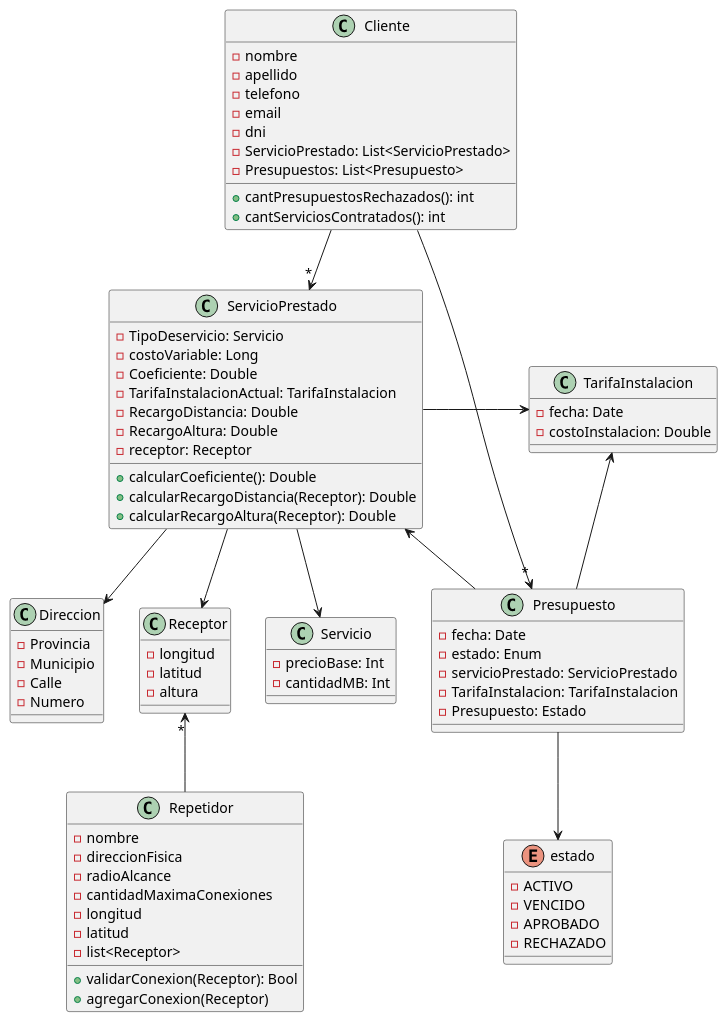
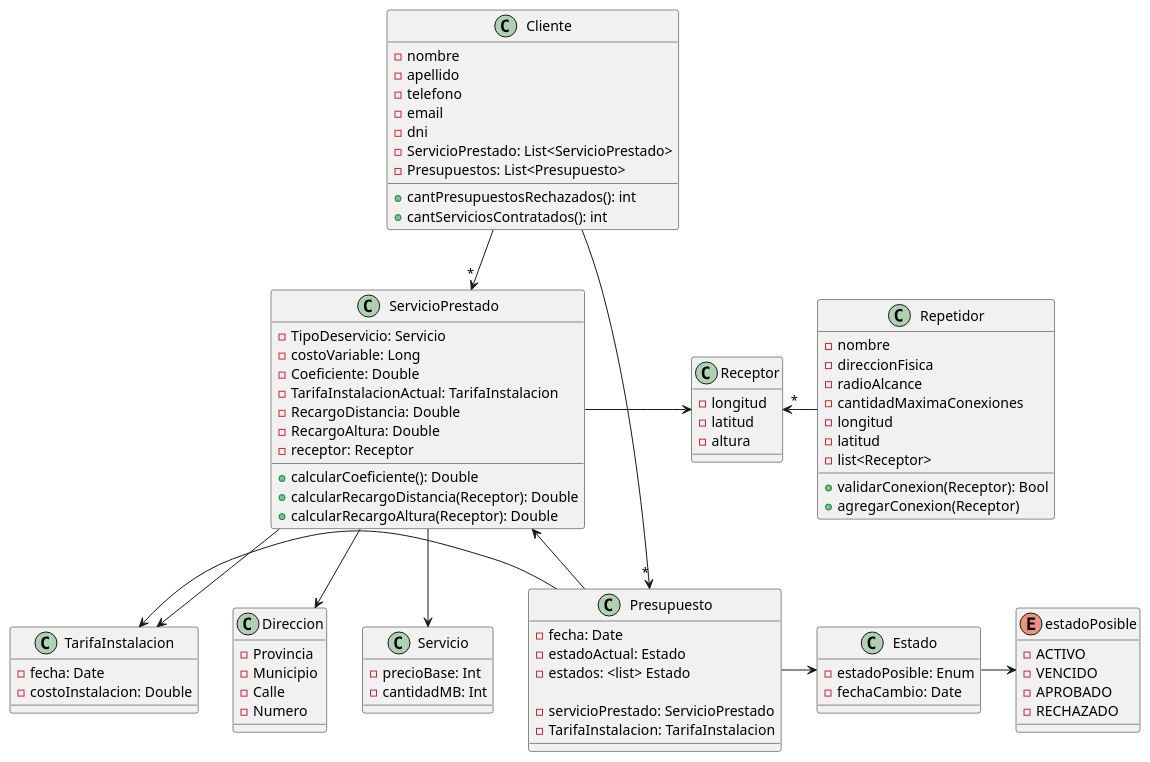
Before and after one commit to GianfrancoRiccelli/Tp-PracticaDeModelado: the diagram in clases.wsd, drawn with PlantUML.

```diff
--- a/clases.wsd
+++ b/clases.wsd
@@ -1,99 +1,107 @@
 @startuml classDiagram
 
 class Cliente {
   - nombre
   - apellido
   - telefono
   - email
   - dni 
   - ServicioPrestado: List<ServicioPrestado>
   - Presupuestos: List<Presupuesto>
 
   + cantPresupuestosRechazados(): int
   + cantServiciosContratados(): int
 
 }
 
 class Direccion {
   -Provincia
   -Municipio
   -Calle
   -Numero
 }
 
 class Receptor {
   - longitud
   - latitud
   - altura 
 }
 
 class Repetidor {
   - nombre
   - direccionFisica
   - radioAlcance
   - cantidadMaximaConexiones
   - longitud
   - latitud
   - list<Receptor>
 
   + validarConexion(Receptor): Bool
   + agregarConexion(Receptor) 
 }
 
 class ServicioPrestado {
   - TipoDeservicio: Servicio 
   - costoVariable: Long
   - Coeficiente: Double
   - TarifaInstalacionActual: TarifaInstalacion
   - RecargoDistancia: Double
   - RecargoAltura: Double
   - receptor: Receptor
 
   + calcularCoeficiente(): Double
   + calcularRecargoDistancia(Receptor): Double
   + calcularRecargoAltura(Receptor): Double
 }
 
 class Servicio {
   - precioBase: Int
   - cantidadMB: Int
 }
 
 class TarifaInstalacion {
   - fecha: Date
   - costoInstalacion: Double
 }
 
 class Presupuesto {
   - fecha: Date
-  - estado: Enum
+  - estadoActual: Estado
+  - estados: <list> Estado
+
   - servicioPrestado: ServicioPrestado
   - TarifaInstalacion: TarifaInstalacion
-  - Presupuesto: Estado
 }
 
-enum estado{
+class Estado{
+  -estadoPosible: Enum
+  -fechaCambio: Date
+}
+
+enum estadoPosible{
     - ACTIVO
     - VENCIDO
     - APROBADO
     - RECHAZADO
 }
 
 Cliente --> "*" ServicioPrestado
 Cliente --> "*" Presupuesto
-ServicioPrestado -->  Receptor
+ServicioPrestado ->  Receptor
 
-Receptor "*" <-- Repetidor
+Receptor "*" <- Repetidor
 
 ServicioPrestado --> Servicio
 
-TarifaInstalacion <-- Presupuesto
+TarifaInstalacion <- Presupuesto
 
-ServicioPrestado -> TarifaInstalacion
+ServicioPrestado --> TarifaInstalacion
 
 ServicioPrestado --> Direccion
 
-Presupuesto --> estado
-Presupuesto --> ServicioPrestado
+Presupuesto -> Estado
+Estado -> estadoPosible
+
+Presupuesto -> ServicioPrestado
 
 @enduml
```
